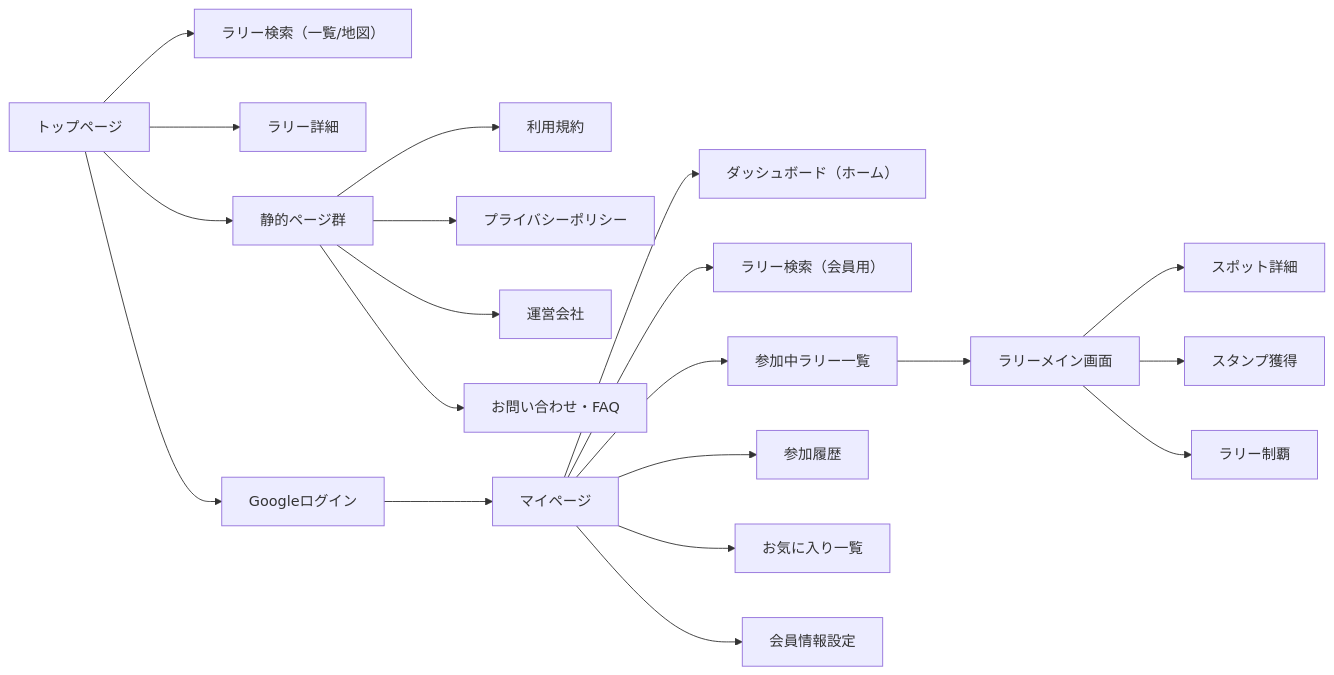
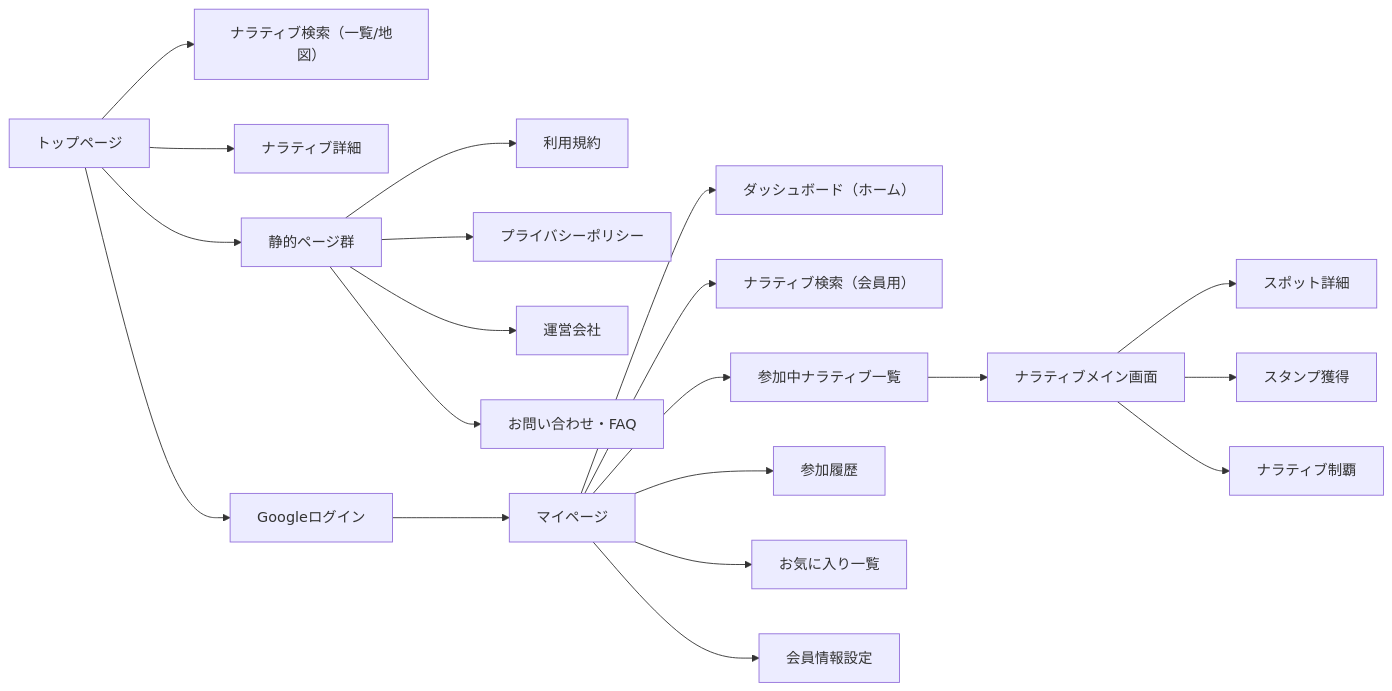
One commit to HamanoShintaro/stump-event changed the third of 3 diagrams in docs/concept_prd.md. Above: the diagram before and after it, drawn with Mermaid. The commit also changed other lines of this file and 174 other files, not shown here.

````diff
--- a/docs/concept_prd.md
+++ b/docs/concept_prd.md
@@ -160,26 +160,26 @@
 ```mermaid
 flowchart LR
-    Root["トップページ"] --> Search["ラリー検索（一覧/地図）"]
-    Root --> Detail["ラリー詳細"]
+    Root["トップページ"] --> Search["ナラティブ検索（一覧/地図）"]
+    Root --> Detail["ナラティブ詳細"]
     Root --> Auth["Googleログイン"]
     Root --> Static["静的ページ群"]
     
     Static --> TOS["利用規約"]
     Static --> Privacy["プライバシーポリシー"]
     Static --> Company["運営会社"]
     Static --> FAQ["お問い合わせ・FAQ"]
 
     Auth --> MyPage["マイページ"]
     
     MyPage --> Dash["ダッシュボード（ホーム）"]
-    MyPage --> SearchMember["ラリー検索（会員用）"]
-    MyPage --> PlayList["参加中ラリー一覧"]
+    MyPage --> SearchMember["ナラティブ検索（会員用）"]
+    MyPage --> PlayList["参加中ナラティブ一覧"]
     MyPage --> History["参加履歴"]
     MyPage --> Fav["お気に入り一覧"]
     MyPage --> Settings["会員情報設定"]
     
-    PlayList --> PlayMain["ラリーメイン画面"]
+    PlayList --> PlayMain["ナラティブメイン画面"]
     PlayMain --> Spot["スポット詳細"]
     PlayMain --> Get["スタンプ獲得"]
-    PlayMain --> Clear["ラリー制覇"]
+    PlayMain --> Clear["ナラティブ制覇"]
 ```
````
